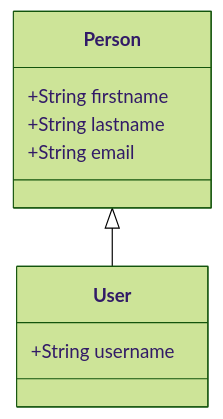
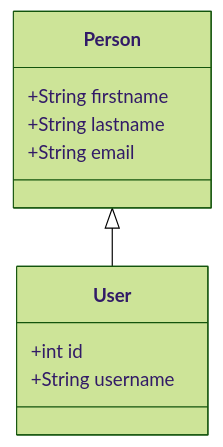
One commit to Silberman-Law/documentation-aap changed the first of 2 diagrams in database-schema.md. Above: the diagram before and after it, drawn with Mermaid (forest theme).

````diff
--- a/database-schema.md
+++ b/database-schema.md
@@ -1,12 +1,13 @@
 ```mermaid
 classDiagram
     Person <|-- User
     class User {
+        +int id
         +String username
     }
     class Person {
         +String firstname
         +String lastname
         +String email
     }
 ```
````
